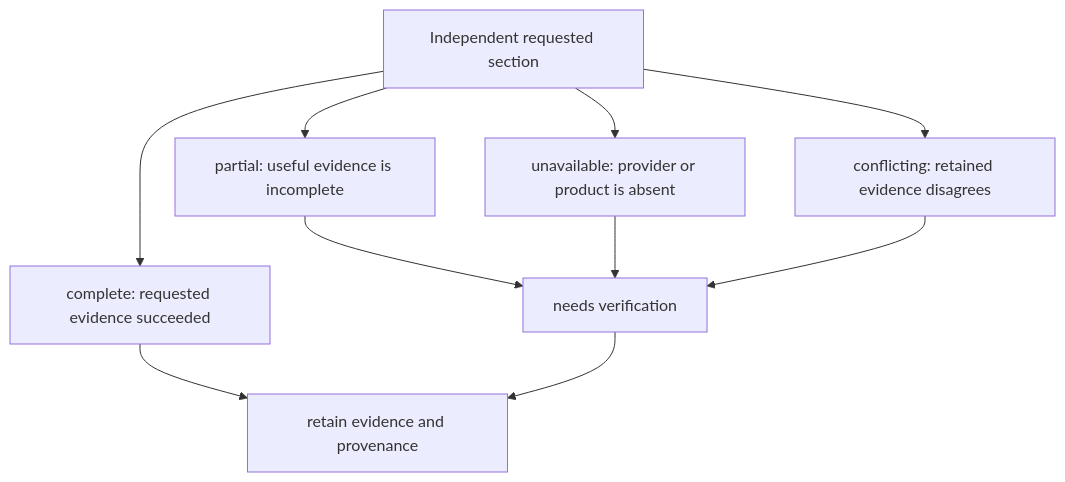
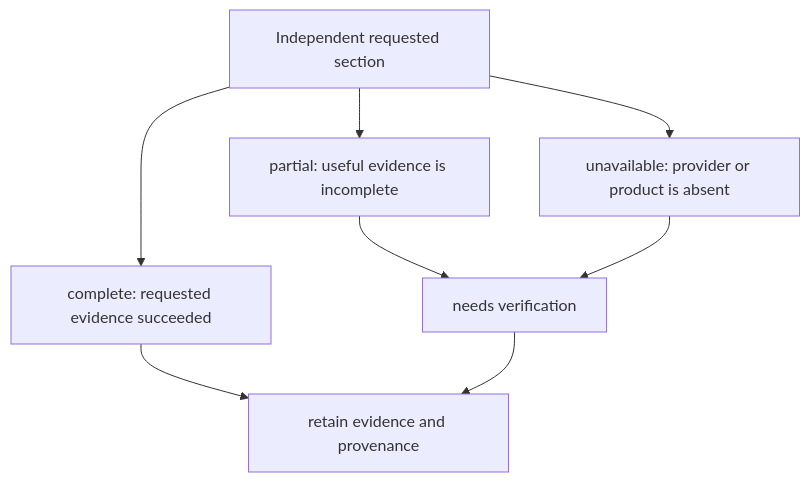
One commit to MattShelton04/41026ASDProject changed the sixth of 7 diagrams in docs/architecture/feature-6-integration-poc.md. Above: the diagram before and after it, drawn with Mermaid. The commit also changed other lines of this file, not shown here.

````diff
--- a/docs/architecture/feature-6-integration-poc.md
+++ b/docs/architecture/feature-6-integration-poc.md
@@ -237,12 +236,10 @@
 ```mermaid
 flowchart TD
     E[Independent requested section] --> C[complete: requested evidence succeeded]
     E --> P[partial: useful evidence is incomplete]
     E --> U[unavailable: provider or product is absent]
-    E --> X[conflicting: retained evidence disagrees]
     P --> V[needs verification]
     U --> V
-    X --> V
     C --> R[retain evidence and provenance]
     V --> R
 ```
````
